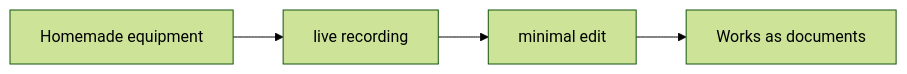
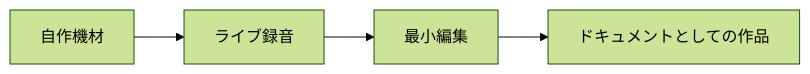
The second of 4 diagrams in en/_posts/2026-04-18-column-rubber-o-cement.md (monumental-movement/monumental-movement.github.io), drawn with Mermaid (forest theme) before and after one commit. The commit also changed other lines of this file and 2196 other files, not shown here.

```diff
--- a/en/_posts/2026-04-18-column-rubber-o-cement.md
+++ b/en/_posts/2026-04-18-column-rubber-o-cement.md
@@ -105,6 +104,6 @@
 <div class="mermaid">
 flowchart LR
-A[Homemade equipment] --> B[live recording]
-B --> C[minimal edit]
-C --> D[Works as documents]
+A[自作機材] --> B[ライブ録音]
+B --> C[最小編集]
+C --> D[ドキュメントとしての作品]
 </div>
```
